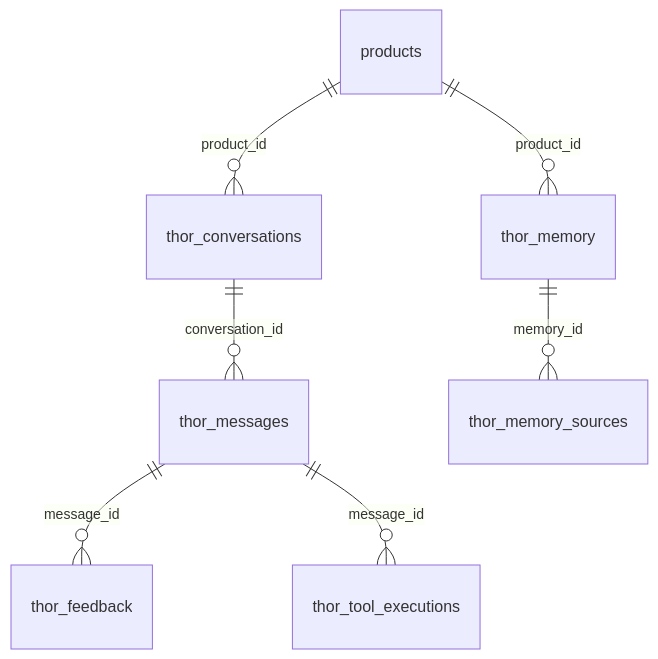
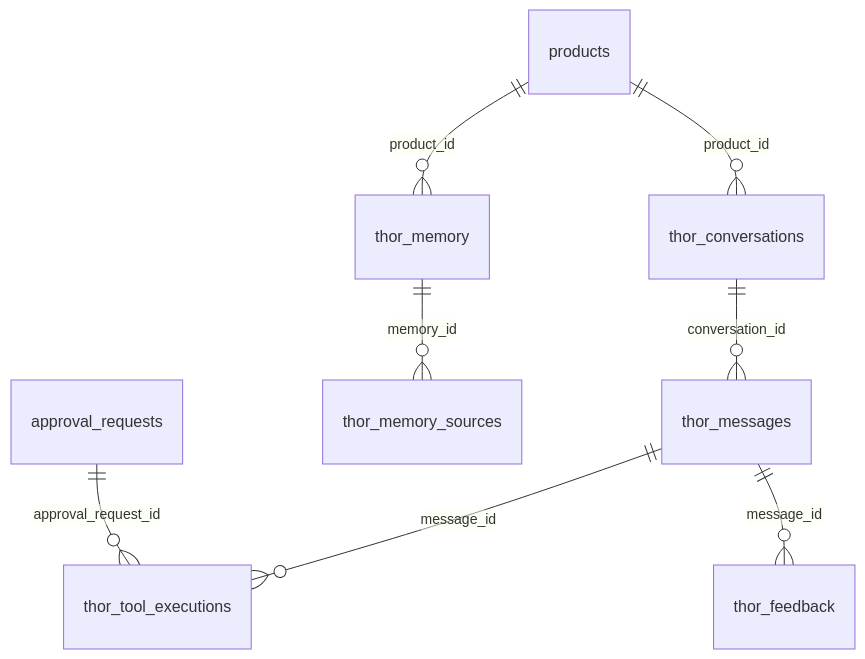
One commit to yassineelhif5-pixel/Grouth-IA changed diagram 20 of 21 in docs/database/ERD.md. Above: the diagram before and after it, drawn with Mermaid. The commit also changed other lines of this file and 35 other files, not shown here.

First line of the commit message:
feat(database): PROMPT 2 additive schema — 291 tables, run tables, business roles, WhatsApp, page builder, growth policies, AI routing

````diff
--- a/docs/database/ERD.md
+++ b/docs/database/ERD.md
@@ -451,9 +493,10 @@
 ```mermaid
 erDiagram
+    approval_requests ||--o{ thor_tool_executions : approval_request_id
     products ||--o{ thor_conversations : product_id
     products ||--o{ thor_memory : product_id
     thor_conversations ||--o{ thor_messages : conversation_id
     thor_memory ||--o{ thor_memory_sources : memory_id
     thor_messages ||--o{ thor_feedback : message_id
     thor_messages ||--o{ thor_tool_executions : message_id
 ```
````
